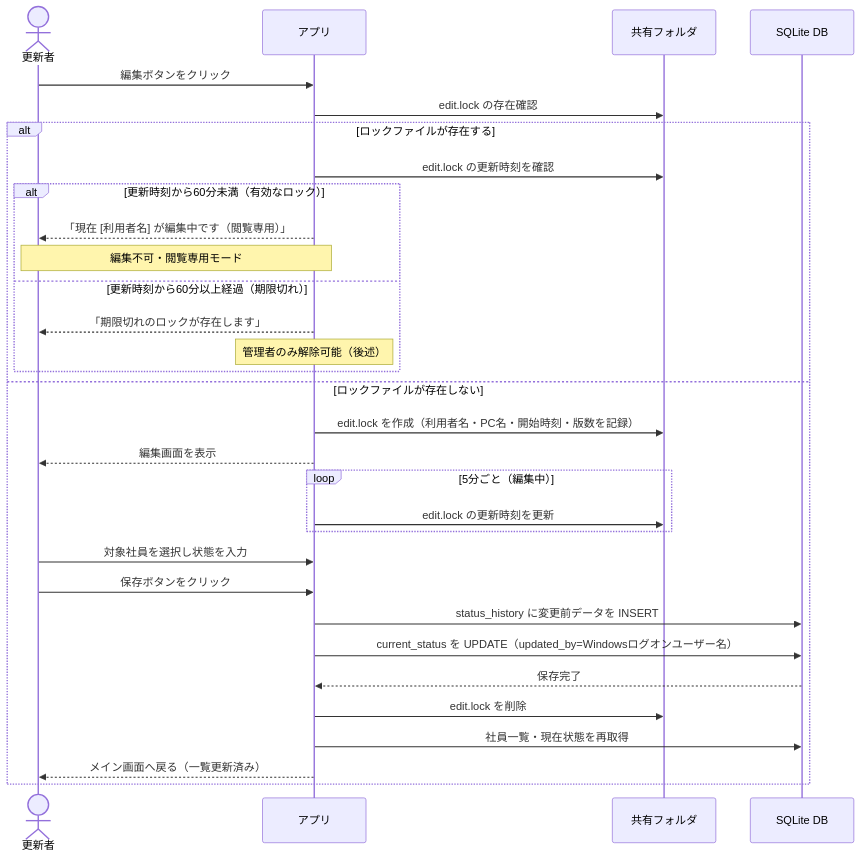
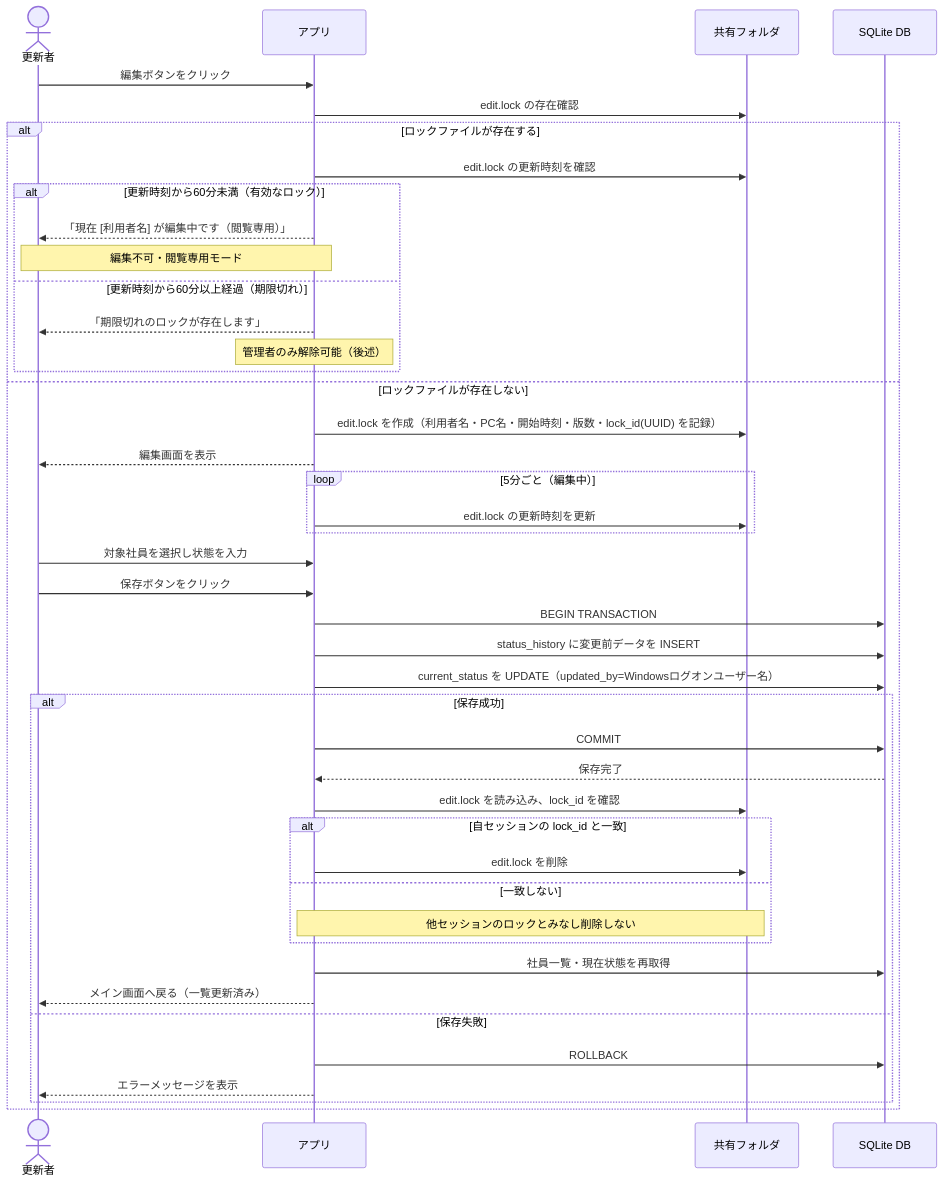
The third of 8 diagrams in SEQUENCE.md (garyohosu/koudouhyo), drawn with Mermaid before and after one commit. The commit also changed other lines of this file and 3 other files, not shown here.

Commit message:
docs: refine locking and transaction flows

````diff
--- a/SEQUENCE.md
+++ b/SEQUENCE.md
@@ -67,38 +67,49 @@
 ```mermaid
 sequenceDiagram
     actor User as 更新者
     participant App as アプリ
     participant FS as 共有フォルダ
     participant DB as SQLite DB
 
     User->>App: 編集ボタンをクリック
     App->>FS: edit.lock の存在確認
     alt ロックファイルが存在する
         App->>FS: edit.lock の更新時刻を確認
         alt 更新時刻から60分未満（有効なロック）
             App-->>User: 「現在 [利用者名] が編集中です（閲覧専用）」
             Note over User,App: 編集不可・閲覧専用モード
         else 更新時刻から60分以上経過（期限切れ）
             App-->>User: 「期限切れのロックが存在します」
             Note over App: 管理者のみ解除可能（後述）
         end
     else ロックファイルが存在しない
-        App->>FS: edit.lock を作成（利用者名・PC名・開始時刻・版数を記録）
+        App->>FS: edit.lock を作成（利用者名・PC名・開始時刻・版数・lock_id(UUID) を記録）
         App-->>User: 編集画面を表示
 
         loop 5分ごと（編集中）
             App->>FS: edit.lock の更新時刻を更新
         end
 
         User->>App: 対象社員を選択し状態を入力
         User->>App: 保存ボタンをクリック
 
+        App->>DB: BEGIN TRANSACTION
         App->>DB: status_history に変更前データを INSERT
         App->>DB: current_status を UPDATE（updated_by=Windowsログオンユーザー名）
-        DB-->>App: 保存完了
-
-        App->>FS: edit.lock を削除
-        App->>DB: 社員一覧・現在状態を再取得
-        App-->>User: メイン画面へ戻る（一覧更新済み）
+        alt 保存成功
+            App->>DB: COMMIT
+            DB-->>App: 保存完了
+            App->>FS: edit.lock を読み込み、lock_id を確認
+            alt 自セッションの lock_id と一致
+                App->>FS: edit.lock を削除
+            else 一致しない
+                Note over App,FS: 他セッションのロックとみなし削除しない
+            end
+            App->>DB: 社員一覧・現在状態を再取得
+            App-->>User: メイン画面へ戻る（一覧更新済み）
+        else 保存失敗
+            App->>DB: ROLLBACK
+            App-->>User: エラーメッセージを表示
+        end
     end
 ```
````
